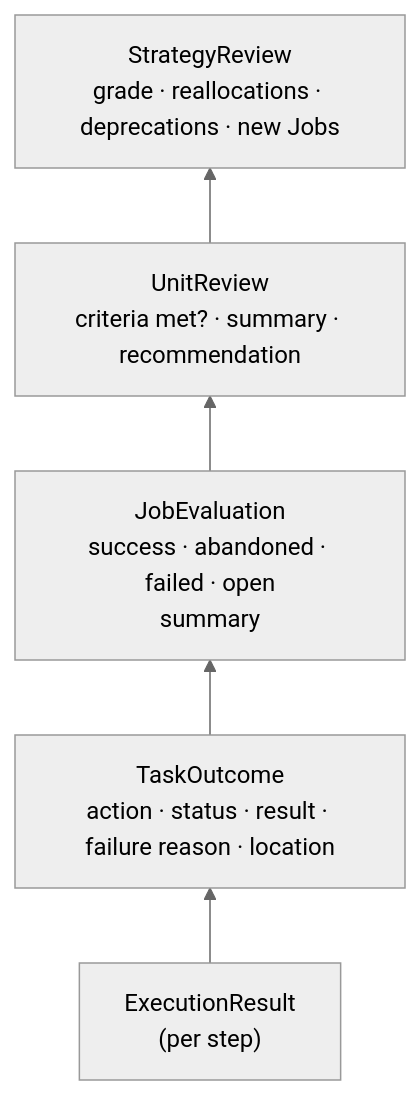
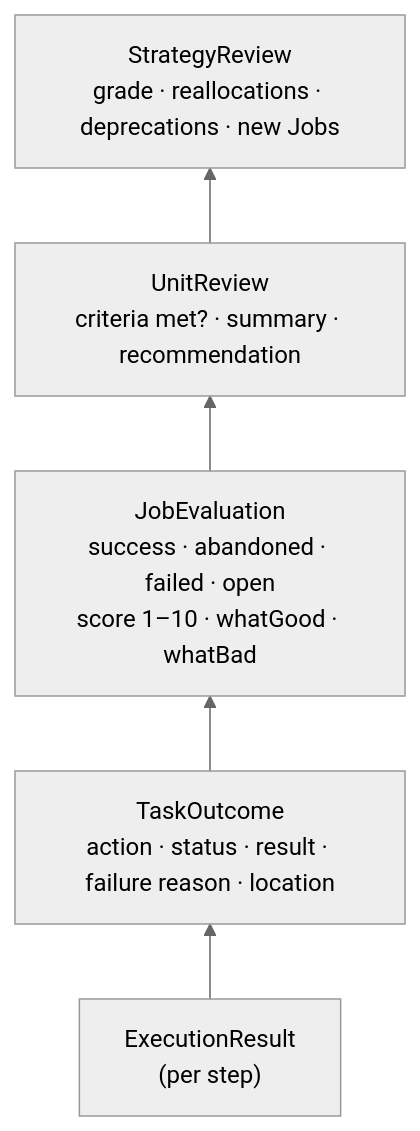
Before and after one commit to BaraaSoft/agentcores: the fifth of 6 diagrams in packages/backend/src/reasoning/tech-spec.md, drawn with Mermaid (neutral theme). The commit also changed other lines of this file and 46 other files, not shown here.

First line of the commit message:
Add job evaluation module and processor for enhanced job assessments

````diff
--- a/packages/backend/src/reasoning/tech-spec.md
+++ b/packages/backend/src/reasoning/tech-spec.md
@@ -197,7 +231,7 @@
 ```mermaid
 flowchart BT
     Exec["ExecutionResult<br/>(per step)"] --> TaskOut["TaskOutcome<br/>action · status · result · failure reason · location"]
-    TaskOut --> JobEval["JobEvaluation<br/>success · abandoned · failed · open<br/>summary"]
+    TaskOut --> JobEval["JobEvaluation<br/>success · abandoned · failed · open<br/>score 1–10 · whatGood · whatBad"]
     JobEval --> UnitRev["UnitReview<br/>criteria met? · summary · recommendation"]
     UnitRev --> StratRev["StrategyReview<br/>grade · reallocations · deprecations · new Jobs"]
 ```
````
